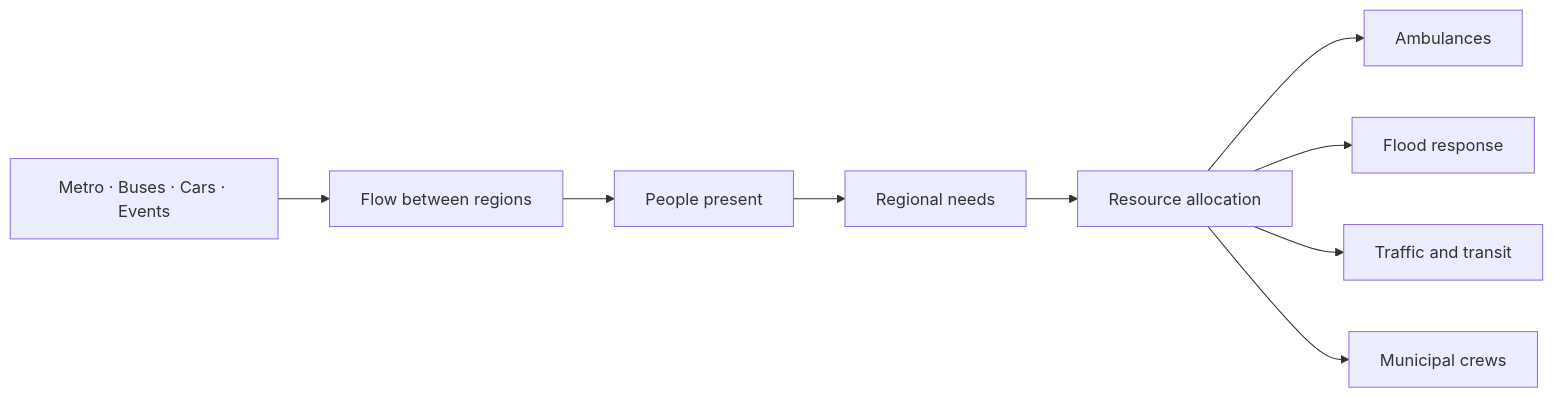
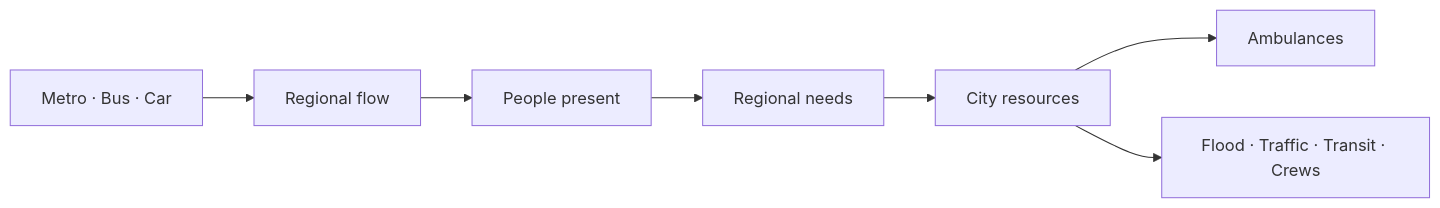
The diagram in README.md (biabt/openai-hackathon), drawn with Mermaid before and after one commit. The commit also changed other lines of this file, not shown here.

Commit message:
docs: streamline CityOS hackathon README

````diff
--- a/README.md
+++ b/README.md
@@ -16,11 +12,9 @@
 ```mermaid
 flowchart LR
-    A["Metro · Buses · Cars · Events"] --> B["Flow between regions"]
+    A["Metro · Bus · Car"] --> B["Regional flow"]
     B --> C["People present"]
     C --> D["Regional needs"]
-    D --> E["Resource allocation"]
+    D --> E["City resources"]
     E --> F["Ambulances"]
-    E --> G["Flood response"]
-    E --> H["Traffic and transit"]
-    E --> I["Municipal crews"]
+    E --> G["Flood · Traffic · Transit · Crews"]
 ```
````
